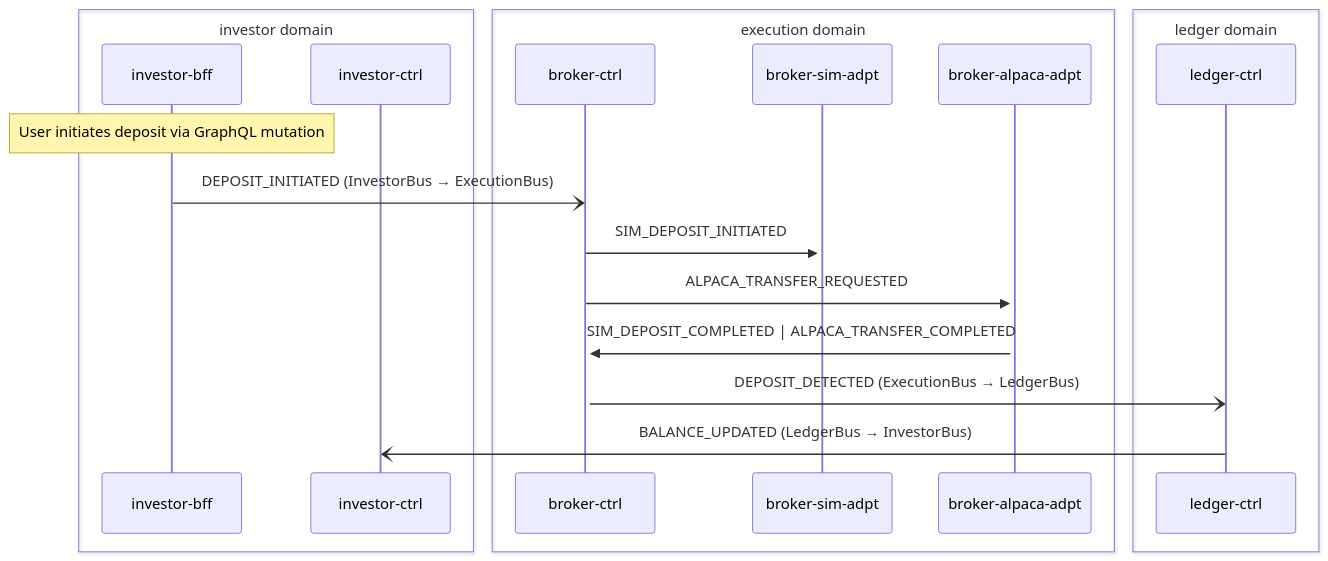
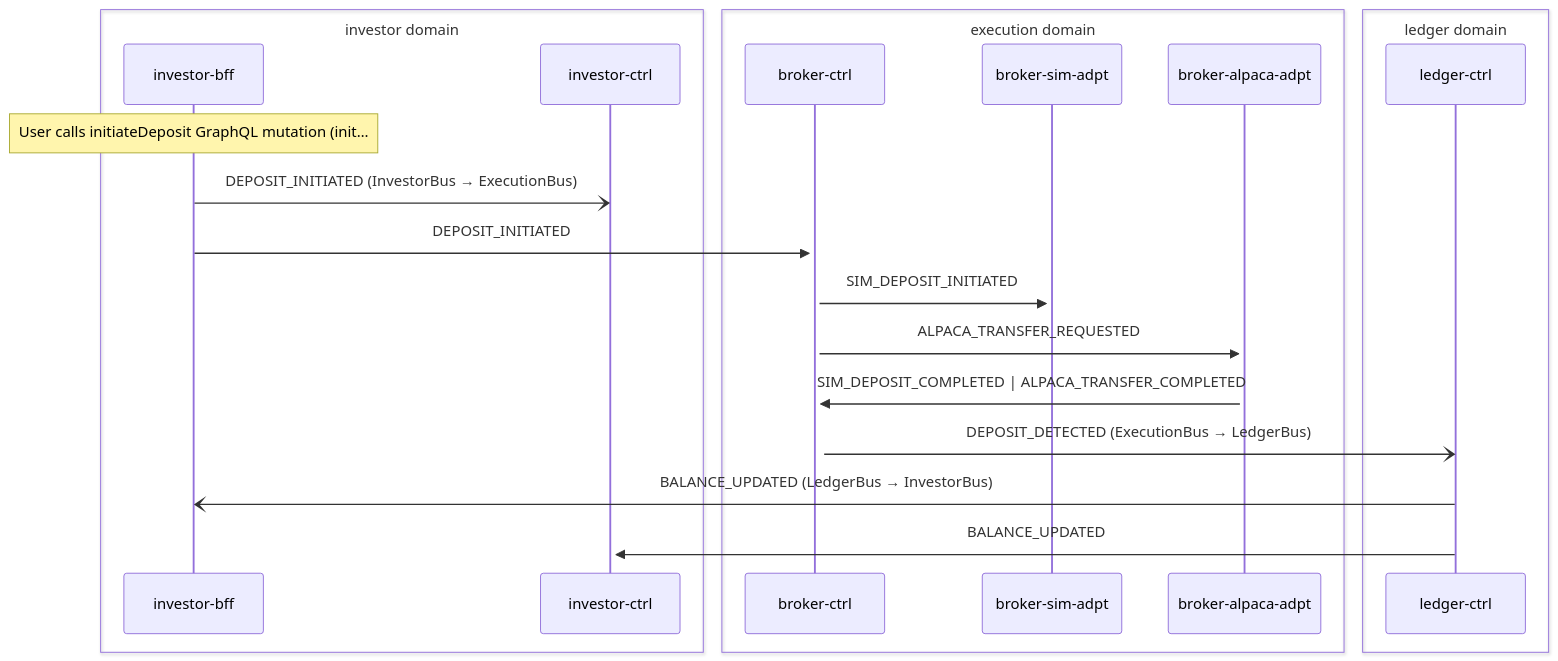
The second of 2 diagrams in docs/data-flows/deposit.md (fabio-vitali/nestfolio), drawn with Mermaid before and after one commit. The commit also changed other lines of this file and 53 other files, not shown here.

First line of the commit message:
docs: regenerate all service cards, flow specs, and C4 diagrams via /init-docs

````diff
--- a/docs/data-flows/deposit.md
+++ b/docs/data-flows/deposit.md
@@ -36,22 +36,24 @@
 ```mermaid
 sequenceDiagram
     box investor domain
         participant investor_bff as investor-bff
         participant investor_ctrl as investor-ctrl
     end
     box execution domain
         participant broker_ctrl as broker-ctrl
         participant broker_sim_adpt as broker-sim-adpt
         participant broker_alpaca_adpt as broker-alpaca-adpt
     end
     box ledger domain
         participant ledger_ctrl as ledger-ctrl
     end
-    Note over investor_bff: User initiates deposit via GraphQL mutation
-    investor_bff-)broker_ctrl: DEPOSIT_INITIATED (InvestorBus → ExecutionBus)
+    Note over investor_bff: User calls initiateDeposit GraphQL mutation (init…
+    investor_bff-)investor_ctrl: DEPOSIT_INITIATED (InvestorBus → ExecutionBus)
+    investor_bff->>+broker_ctrl: DEPOSIT_INITIATED
     broker_ctrl->>+broker_sim_adpt: SIM_DEPOSIT_INITIATED
     broker_ctrl->>+broker_alpaca_adpt: ALPACA_TRANSFER_REQUESTED
     broker_alpaca_adpt->>+broker_ctrl: SIM_DEPOSIT_COMPLETED | ALPACA_TRANSFER_COMPLETED
     broker_ctrl-)ledger_ctrl: DEPOSIT_DETECTED (ExecutionBus → LedgerBus)
-    ledger_ctrl-)investor_ctrl: BALANCE_UPDATED (LedgerBus → InvestorBus)
+    ledger_ctrl-)investor_bff: BALANCE_UPDATED (LedgerBus → InvestorBus)
+    ledger_ctrl->>+investor_ctrl: BALANCE_UPDATED
 ```
````
